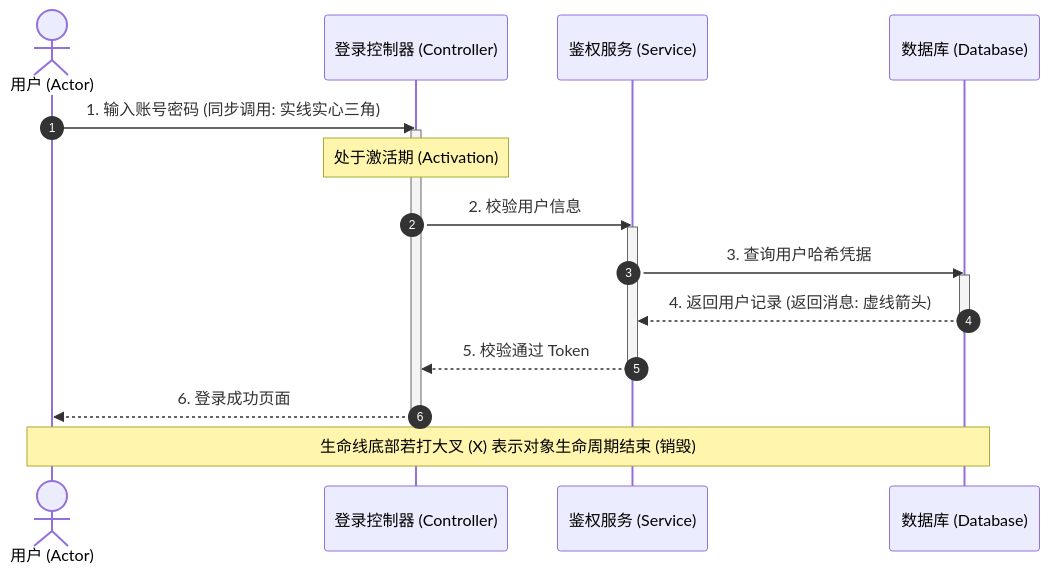
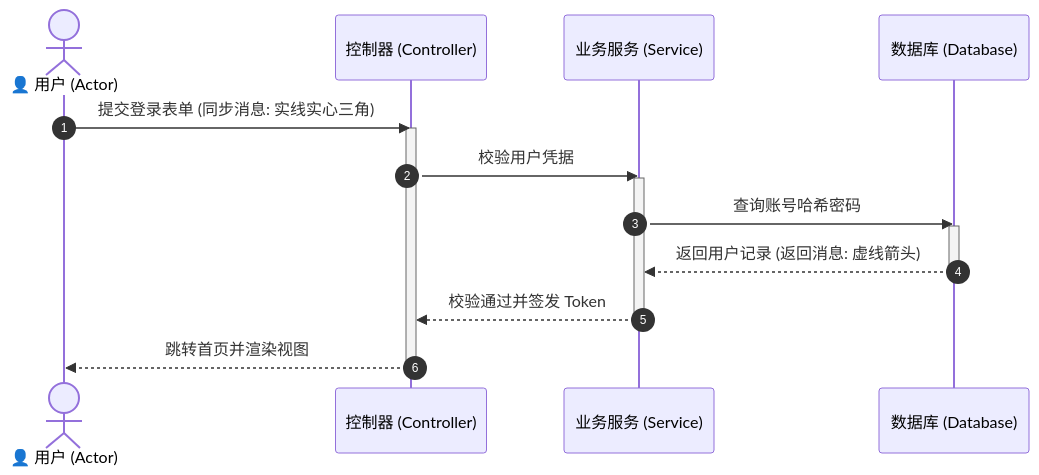
Before and after one commit to cpsa3/software-designer-fast-pass: the sixth of 11 diagrams in 02-visual-diagrams/02-UML核心建模图谱与设计视图全景图解.md, drawn with Mermaid. The commit also changed other lines of this file, not shown here.

Commit message:
refactor(uml): 彻底重构UML图解文档为纯视觉流，100%统一Mermaid原生矢量图，消除ASCII与语法报错

````diff
--- a/02-visual-diagrams/02-UML核心建模图谱与设计视图全景图解.md
+++ b/02-visual-diagrams/02-UML核心建模图谱与设计视图全景图解.md
@@ -259,28 +211,25 @@
 ```mermaid
 sequenceDiagram
     autonumber
-    actor User as 用户 (Actor)
-    participant Ctrl as 登录控制器 (Controller)
-    participant Service as 鉴权服务 (Service)
+    actor User as 👤 用户 (Actor)
+    participant Ctrl as 控制器 (Controller)
+    participant Svc as 业务服务 (Service)
     participant DB as 数据库 (Database)
 
-    User ->> Ctrl: 1. 输入账号密码 (同步调用: 实线实心三角)
+    User ->> Ctrl: 提交登录表单 (同步消息: 实线实心三角)
     activate Ctrl
-    Note over Ctrl: 处于激活期 (Activation)
-    
-    Ctrl ->> Service: 2. 校验用户信息
-    activate Service
 
-    Service ->> DB: 3. 查询用户哈希凭据
+    Ctrl ->> Svc: 校验用户凭据
+    activate Svc
+
+    Svc ->> DB: 查询账号哈希密码
     activate DB
-    DB -->> Service: 4. 返回用户记录 (返回消息: 虚线箭头)
+    DB -->> Svc: 返回用户记录 (返回消息: 虚线箭头)
     deactivate DB
 
-    Service -->> Ctrl: 5. 校验通过 Token
-    deactivate Service
+    Svc -->> Ctrl: 校验通过并签发 Token
+    deactivate Svc
 
-    Ctrl -->> User: 6. 登录成功页面
+    Ctrl -->> User: 跳转首页并渲染视图
     deactivate Ctrl
-    
-    Note over User,DB: 生命线底部若打大叉 (X) 表示对象生命周期结束 (销毁)
 ```
````
